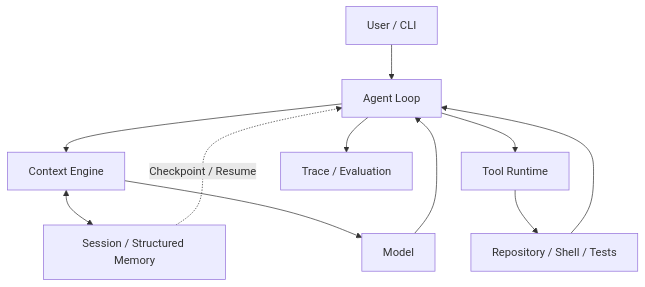
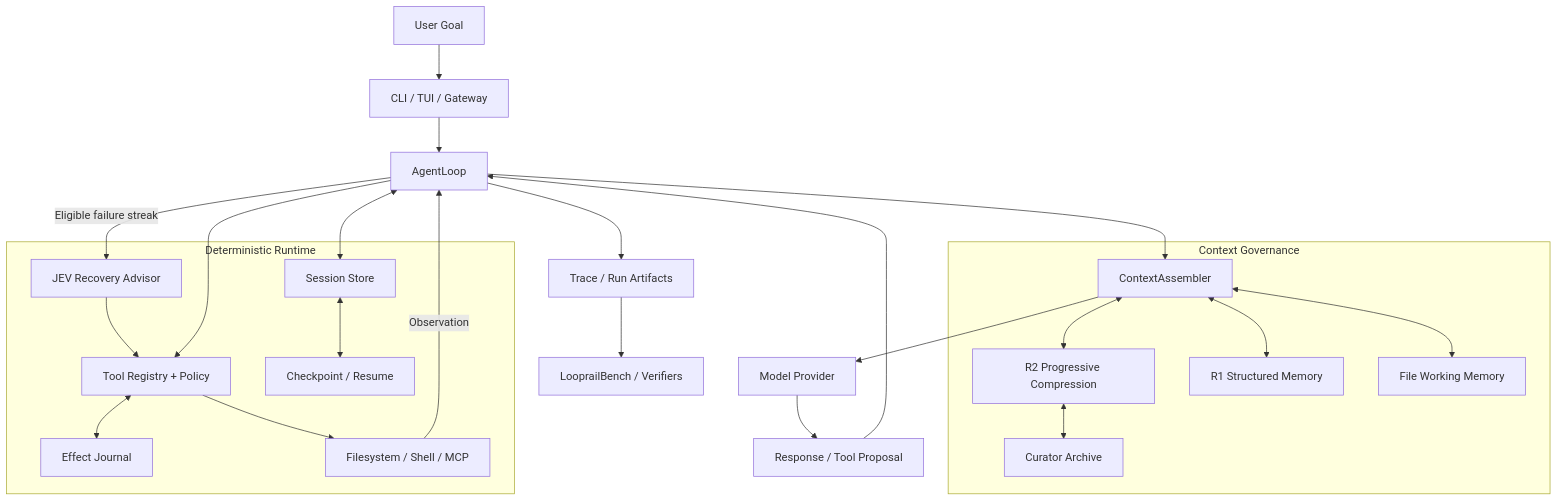
One commit to Morimi-Kazuha/Looprail-Agent changed the diagram in README.md. Above: the diagram before and after it, drawn with Mermaid. The commit also changed other lines of this file and 2 other files, not shown here.

Commit message:
docs: redesign Looprail README in VideoMind style

````diff
--- a/README.md
+++ b/README.md
@@ -71,13 +126,42 @@
 ```mermaid
-flowchart TD
-    U[User / CLI] --> L[Agent Loop]
-    L --> C[Context Engine]
-    C <--> S[Session / Structured Memory]
-    C --> M[Model]
-    M --> L
-    L --> T[Tool Runtime]
-    T --> R[Repository / Shell / Tests]
-    R --> L
-    L --> E[Trace / Evaluation]
-    S -. Checkpoint / Resume .-> L
+flowchart TB
+    U[User Goal] --> CLI[CLI / TUI / Gateway]
+    CLI --> L[AgentLoop]
+
+    subgraph Context[Context Governance]
+        CA[ContextAssembler]
+        R2[R2 Progressive Compression]
+        R1[R1 Structured Memory]
+        FWM[File Working Memory]
+        AR[Curator Archive]
+        CA <--> R2
+        CA <--> R1
+        CA <--> FWM
+        R2 <--> AR
+    end
+
+    L --> CA
+    CA --> P[Model Provider]
+    P --> A[Response / Tool Proposal]
+    A --> L
+
+    subgraph Runtime[Deterministic Runtime]
+        TR[Tool Registry + Policy]
+        EJ[Effect Journal]
+        EX[Filesystem / Shell / MCP]
+        SS[Session Store]
+        CP[Checkpoint / Resume]
+        JEV[JEV Recovery Advisor]
+        TR <--> EJ
+        TR --> EX
+        SS <--> CP
+        JEV --> TR
+    end
+
+    L --> TR
+    EX -->|Observation| L
+    L <--> SS
+    L -->|Eligible failure streak| JEV
+    L --> TRACE[Trace / Run Artifacts]
+    TRACE --> BENCH[LooprailBench / Verifiers]
 ```
````
